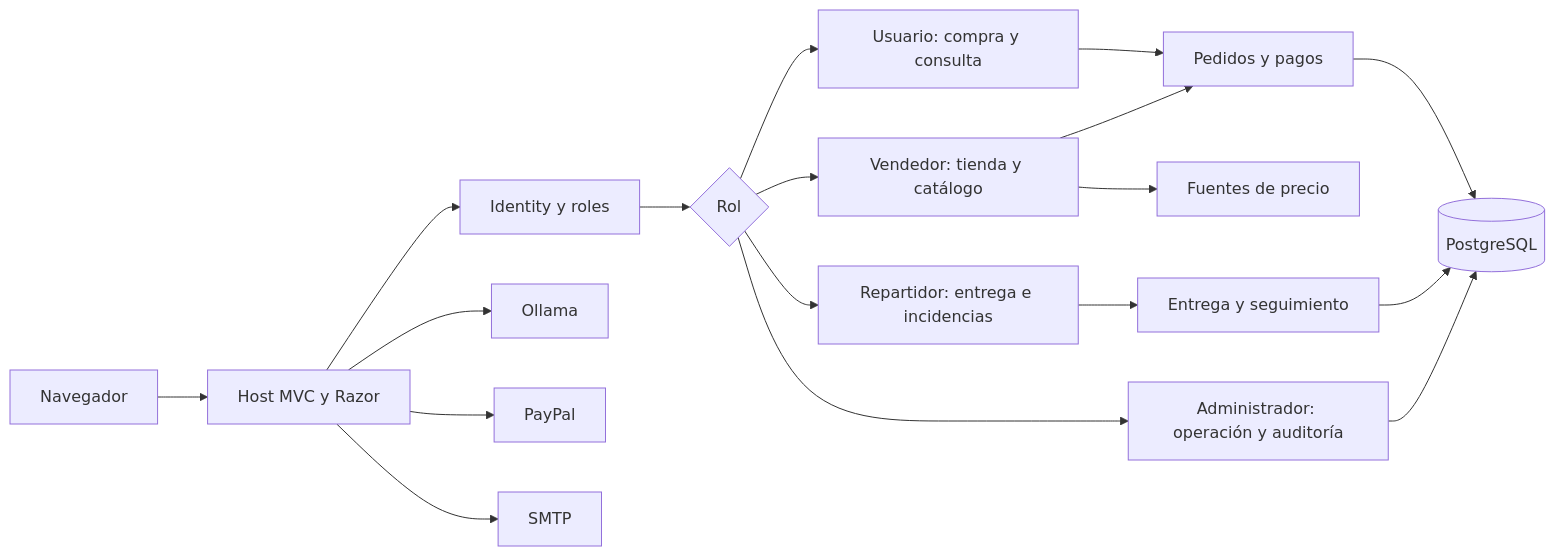
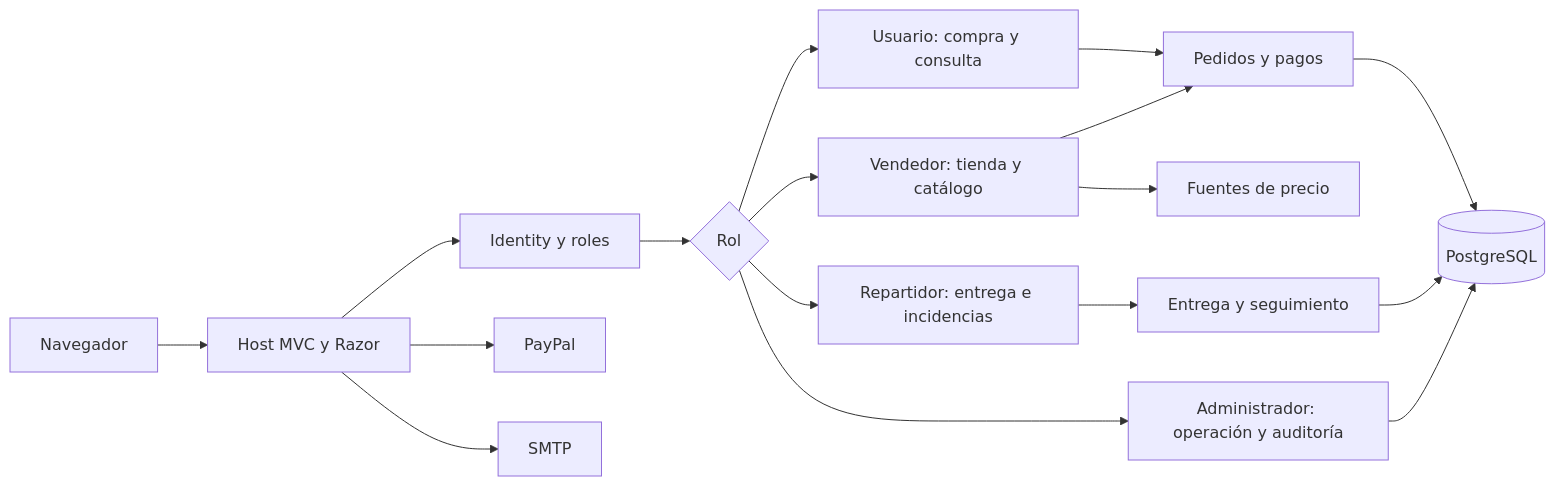
One commit to jeffersonmejia/ollama-orbi-app changed the second of 2 diagrams in README.md. Above: the diagram before and after it, drawn with Mermaid. The commit also changed other lines of this file and 197 other files, not shown here.

````diff
--- a/README.md
+++ b/README.md
@@ -234,20 +232,19 @@
 ```mermaid
 flowchart LR
     browser[Navegador] --> web[Host MVC y Razor]
     web --> identity[Identity y roles]
     identity --> role{Rol}
     role --> buyer[Usuario: compra y consulta]
     role --> seller[Vendedor: tienda y catálogo]
     role --> courier[Repartidor: entrega e incidencias]
     role --> admin[Administrador: operación y auditoría]
     buyer --> orders[Pedidos y pagos]
     seller --> orders
     courier --> delivery[Entrega y seguimiento]
     orders --> db[(PostgreSQL)]
     delivery --> db
     admin --> db
-    web --> ai[Ollama]
     seller --> prices[Fuentes de precio]
     web --> payment[PayPal]
     web --> mail[SMTP]
 ```
````
